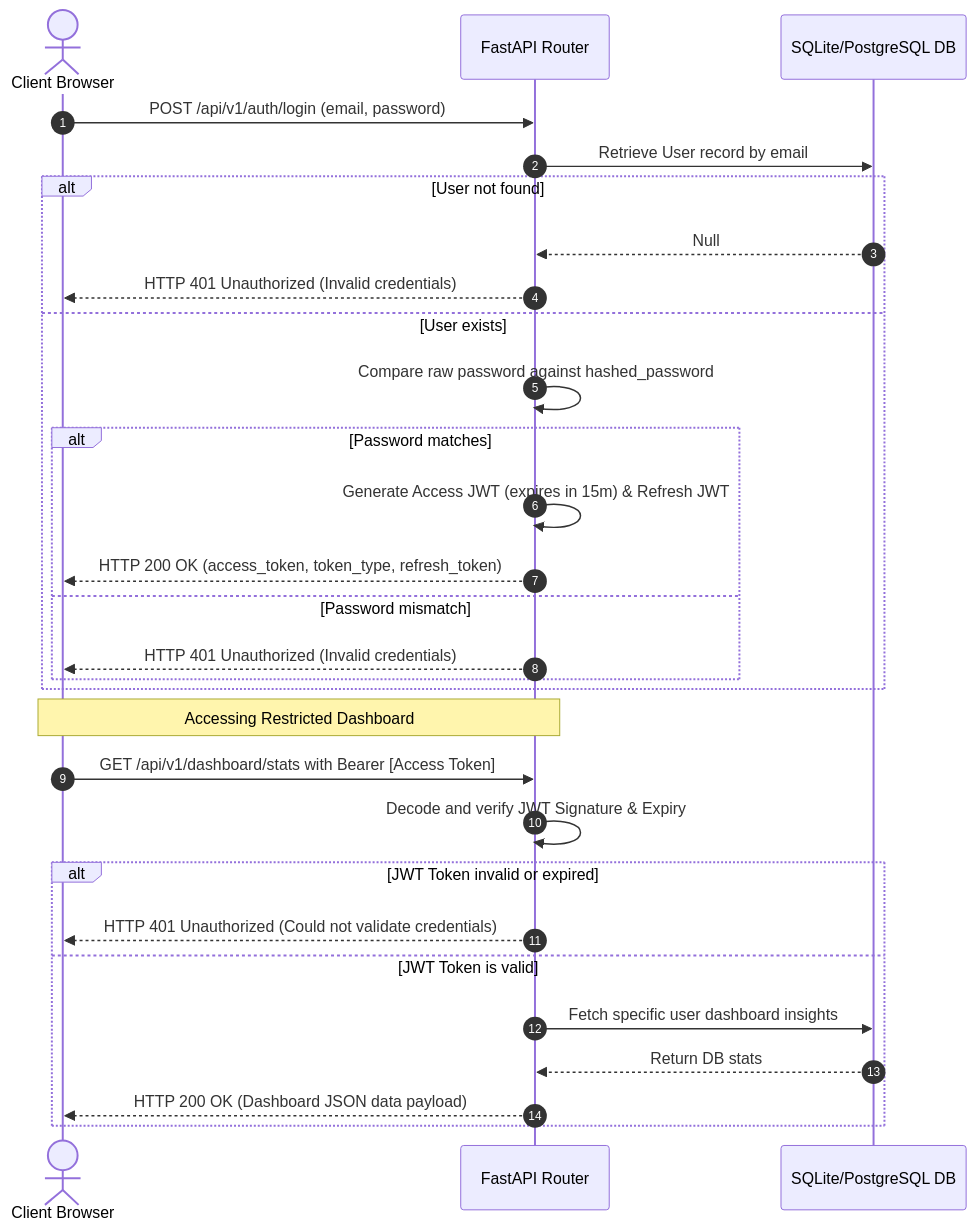
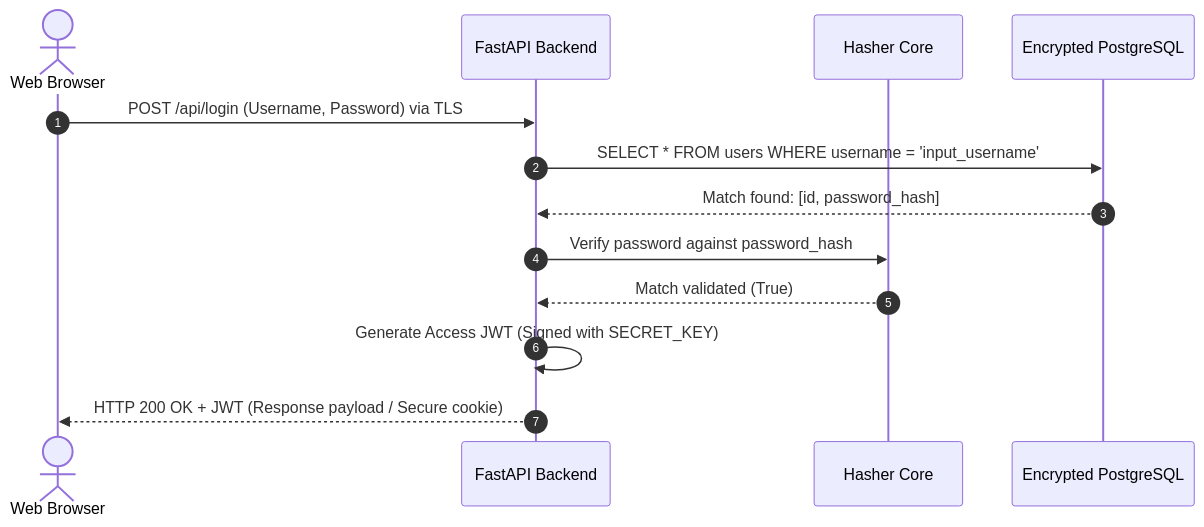
The third of 3 diagrams in DESIGN.md (sskarz/Google-IO-Hackathon-2026), drawn with Mermaid before and after one commit. The commit also changed other lines of this file and 23 other files, not shown here.

````diff
--- a/DESIGN.md
+++ b/DESIGN.md
@@ -84,33 +110,16 @@
 ```mermaid
 sequenceDiagram
     autonumber
-    actor User as Client Browser
-    participant API as FastAPI Router
-    participant DB as SQLite/PostgreSQL DB
+    actor User as Web Browser
+    participant API as FastAPI Backend
+    participant Crypto as Hasher Core
+    participant DB as Encrypted PostgreSQL
     
-    User->>API: POST /api/v1/auth/login (email, password)
-    API->>DB: Retrieve User record by email
-    alt User not found
-        DB-->>API: Null
-        API-->>User: HTTP 401 Unauthorized (Invalid credentials)
-    else User exists
-        API->>API: Compare raw password against hashed_password
-        alt Password matches
-            API->>API: Generate Access JWT (expires in 15m) & Refresh JWT
-            API-->>User: HTTP 200 OK (access_token, token_type, refresh_token)
-        else Password mismatch
-            API-->>User: HTTP 401 Unauthorized (Invalid credentials)
-        end
-    end
-    
-    Note over User, API: Accessing Restricted Dashboard
-    User->>API: GET /api/v1/dashboard/stats with Bearer [Access Token]
-    API->>API: Decode and verify JWT Signature & Expiry
-    alt JWT Token invalid or expired
-        API-->>User: HTTP 401 Unauthorized (Could not validate credentials)
-    else JWT Token is valid
-        API->>DB: Fetch specific user dashboard insights
-        DB-->>API: Return DB stats
-        API-->>User: HTTP 200 OK (Dashboard JSON data payload)
-    end
+    User->>API: POST /api/login (Username, Password) via TLS
+    API->>DB: SELECT * FROM users WHERE username = 'input_username'
+    DB-->>API: Match found: [id, password_hash]
+    API->>Crypto: Verify password against password_hash
+    Crypto-->>API: Match validated (True)
+    API->>API: Generate Access JWT (Signed with SECRET_KEY)
+    API-->>User: HTTP 200 OK + JWT (Response payload / Secure cookie)
 ```
````
